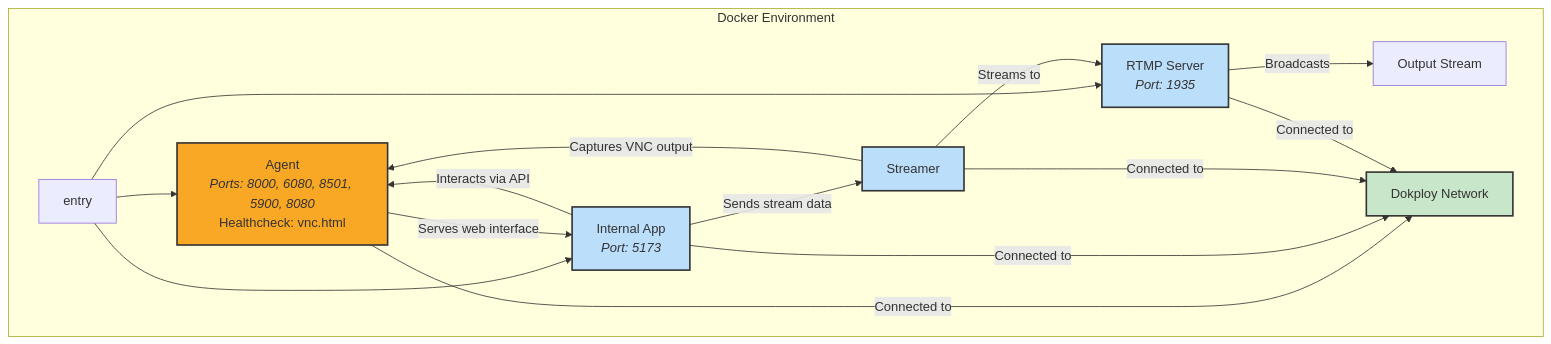
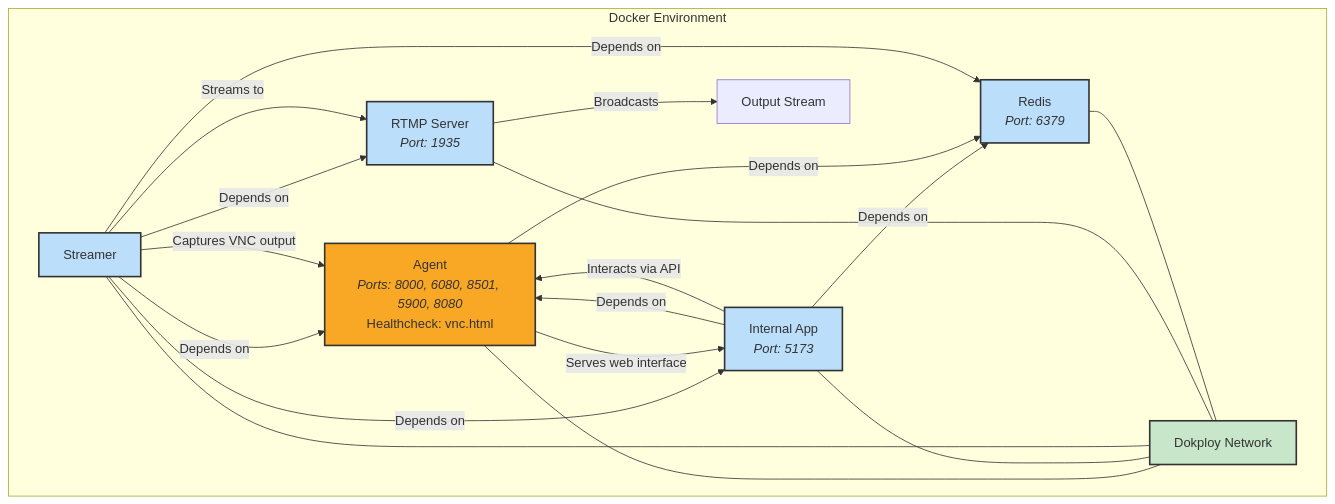
Before and after one commit to microchipgnu/ethglobal-trifecta-hackathon: the diagram in README.md, drawn with Mermaid.

Commit message:
Revise README.md to update the Docker architecture diagram. Added Redis service and clarified service dependencies and data flow between components. Improved network connection representation for all services.

````diff
--- a/README.md
+++ b/README.md
@@ -100,29 +100,44 @@
 ```mermaid
 flowchart TD
     %% Docker Environment
     subgraph "Docker Environment"
-        entry --> agent[Agent<br><i>Ports: 8000, 6080, 8501, 5900, 8080</i><br>Healthcheck: vnc.html]:::mainService
-        entry --> internal_app[Internal App<br><i>Port: 5173</i>]:::service
-        entry --> rtmp[RTMP Server<br><i>Port: 1935</i>]:::service
+        %% Services
+        agent[Agent<br><i>Ports: 8000, 6080, 8501, 5900, 8080</i><br>Healthcheck: vnc.html]:::mainService
+        internal_app[Internal App<br><i>Port: 5173</i>]:::service
+        rtmp[RTMP Server<br><i>Port: 1935</i>]:::service
+        streamer[Streamer]:::service
+        redis[Redis<br><i>Port: 6379</i>]:::service
+        output[Output Stream]
 
-        %% Internal Flow
+        %% Dependencies
+        internal_app -->|Depends on| agent
+        internal_app -->|Depends on| redis
+        
+        agent -->|Depends on| redis
+        
+        streamer -->|Depends on| agent
+        streamer -->|Depends on| rtmp
+        streamer -->|Depends on| internal_app
+        streamer -->|Depends on| redis
+        
+        %% Data Flow
         agent -->|Serves web interface| internal_app
         internal_app -->|Interacts via API| agent
-        internal_app -->|Sends stream data| streamer[Streamer]:::service
         streamer -->|Captures VNC output| agent
         streamer -->|Streams to| rtmp
-        rtmp -->|Broadcasts| output[Output Stream]
-
-        %% Network Connection
+        rtmp -->|Broadcasts| output
+        
+        %% All services connected to network
         network[Dokploy Network]:::network
-        agent -->|Connected to| network
-        internal_app -->|Connected to| network
-        streamer -->|Connected to| network
-        rtmp -->|Connected to| network
+        agent --- network
+        internal_app --- network
+        streamer --- network
+        rtmp --- network
+        redis --- network
     end
 
     %% Styling
     classDef mainService fill:#f9a825,stroke:#333,stroke-width:2px;
     classDef service fill:#bbdefb,stroke:#333,stroke-width:2px;
     classDef network fill:#c8e6c9,stroke:#333,stroke-width:2px;
 ```
````
